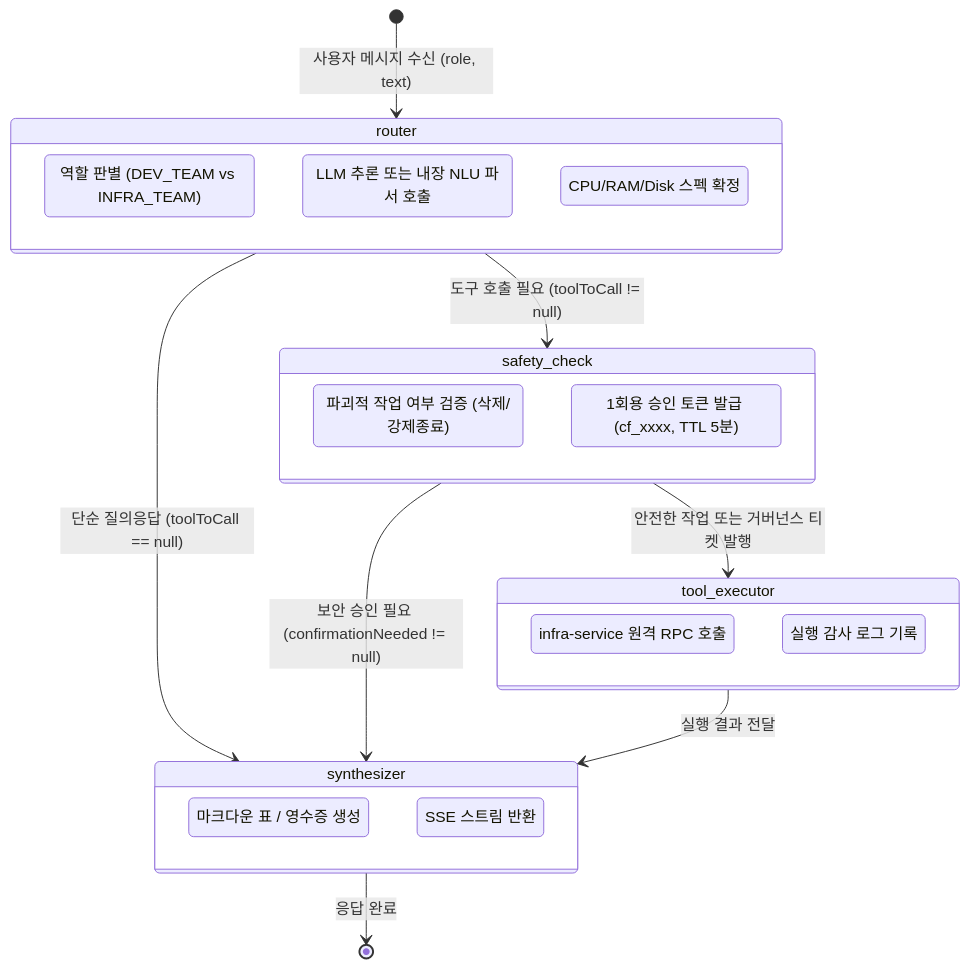
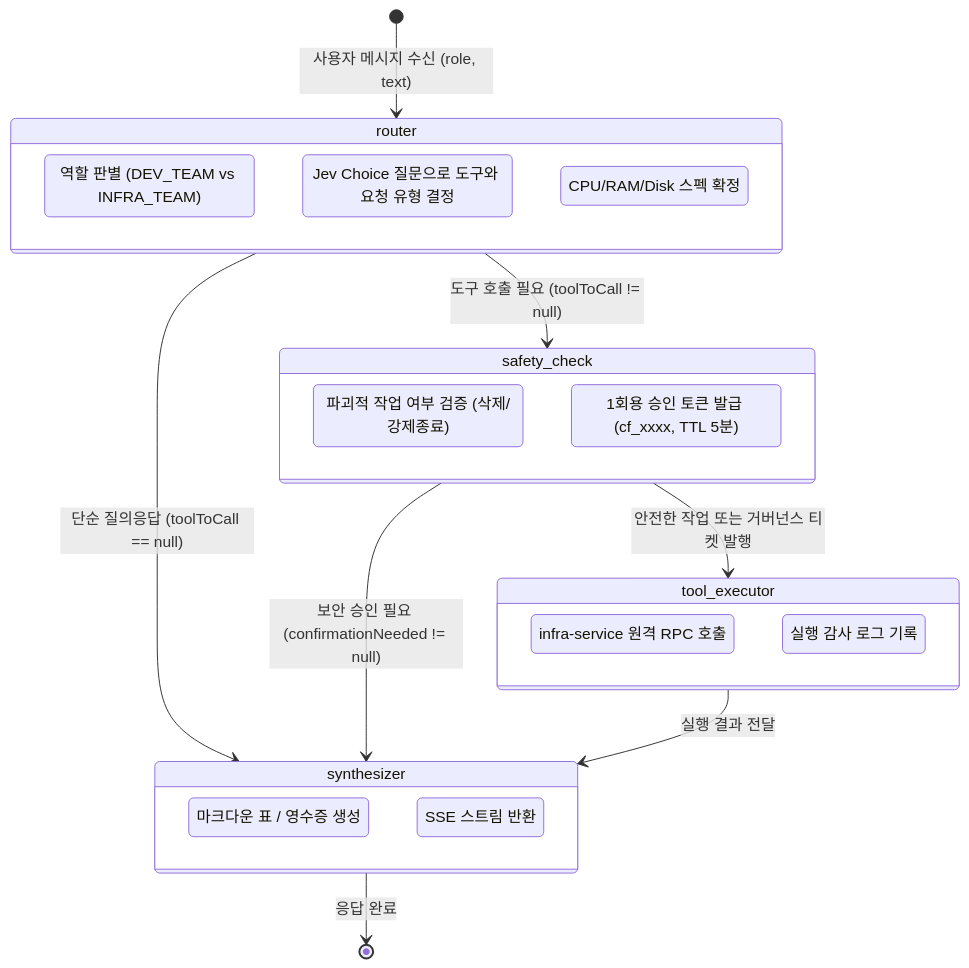
Before and after one commit to sjungwon03/jev-langgraph-example: the fourth of 4 diagrams in docs/ARCHITECTURE.md, drawn with Mermaid. The commit also changed other lines of this file and 8 other files, not shown here.

````diff
--- a/docs/ARCHITECTURE.md
+++ b/docs/ARCHITECTURE.md
@@ -175,39 +171,39 @@
 ```mermaid
 stateDiagram-v2
     [*] --> router: 사용자 메시지 수신 (role, text)
     
     state router {
         direction TB
         RoleCheck: 역할 판별 (DEV_TEAM vs INFRA_TEAM)
-        LLMOrNLU: LLM 추론 또는 내장 NLU 파서 호출
+        JevChoice: Jev Choice 질문으로 도구와 요청 유형 결정
         SpecExtract: CPU/RAM/Disk 스펙 확정
     }
 
     router --> safety_check: 도구 호출 필요 (toolToCall != null)
     router --> synthesizer: 단순 질의응답 (toolToCall == null)
 
     state safety_check {
         direction TB
         IsDestructive: 파괴적 작업 여부 검증 (삭제/강제종료)
         IssueToken: 1회용 승인 토큰 발급 (cf_xxxx, TTL 5분)
     }
 
     safety_check --> synthesizer: 보안 승인 필요 (confirmationNeeded != null)
     safety_check --> tool_executor: 안전한 작업 또는 거버넌스 티켓 발행
 
     state tool_executor {
         direction TB
         RemoteRPC: infra-service 원격 RPC 호출
         AuditRecord: 실행 감사 로그 기록
     }
 
     tool_executor --> synthesizer: 실행 결과 전달
 
     state synthesizer {
         direction TB
         FormatReceipt: 마크다운 표 / 영수증 생성
         StreamResponse: SSE 스트림 반환
     }
 
     synthesizer --> [*]: 응답 완료
 ```
````
